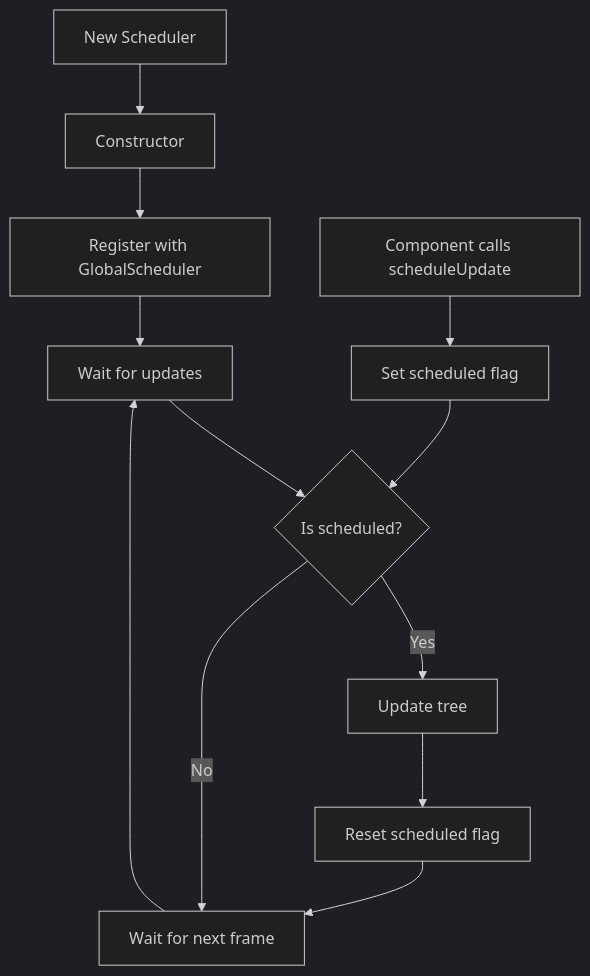
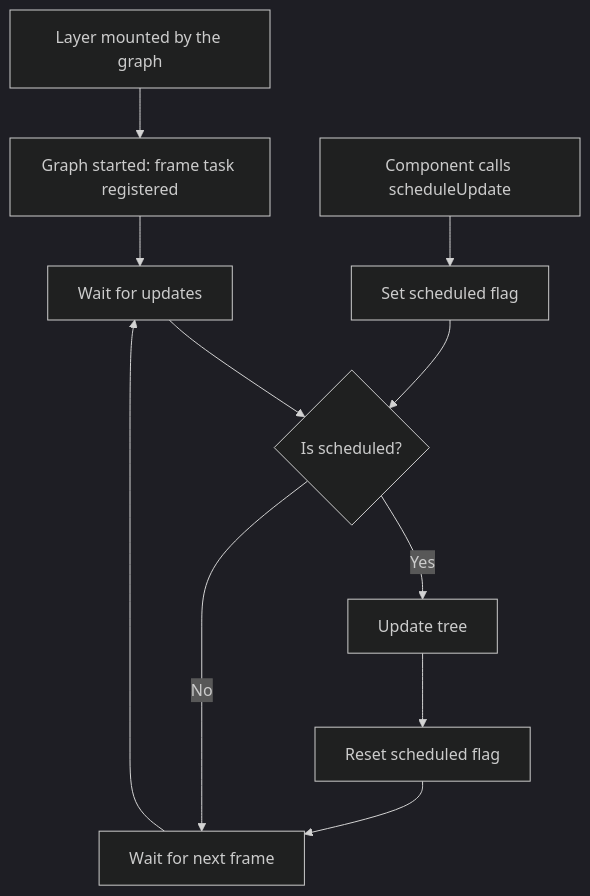
One commit to gravity-ui/graph changed the sixth of 7 diagrams in packages/graph/docs/system/scheduler-system.md. Above: the diagram before and after it, drawn with Mermaid (dark theme). The commit also changed other lines of this file and 25 other files, not shown here.

First line of the commit message:
fix(graph)!: let the graph drive its layers and keep graphs collectable (#395)

````diff
--- a/packages/graph/docs/system/scheduler-system.md
+++ b/packages/graph/docs/system/scheduler-system.md
@@ -426,15 +454,14 @@
 ```mermaid
 flowchart TD
-    A[New Scheduler] --> B[Constructor]
-    B --> C[Register with GlobalScheduler]
+    A[Layer mounted by the graph] --> C[Graph started: frame task registered]
     C --> D[Wait for updates]
     D --> E{Is scheduled?}
     E -->|Yes| F[Update tree]
     E -->|No| G[Wait for next frame]
     G --> D
     F --> H[Reset scheduled flag]
     H --> G
     
     I[Component calls scheduleUpdate] --> J[Set scheduled flag]
     J --> E
 ```
````
